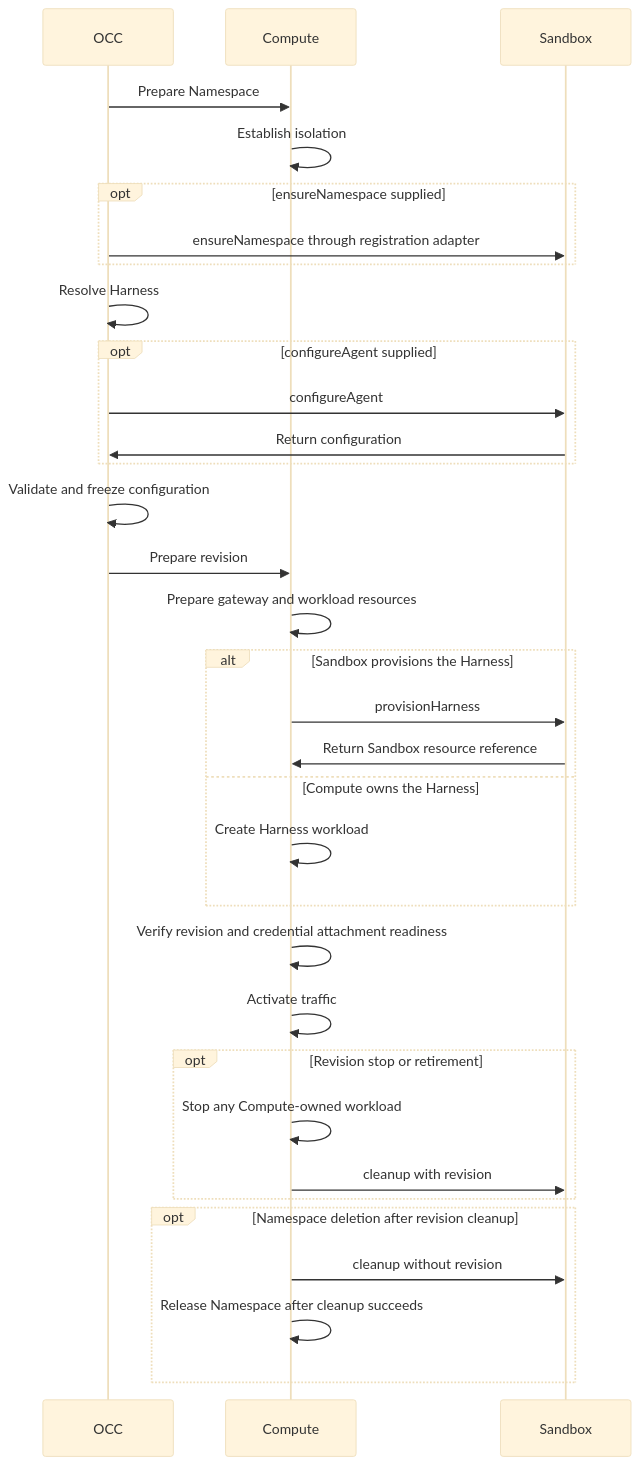
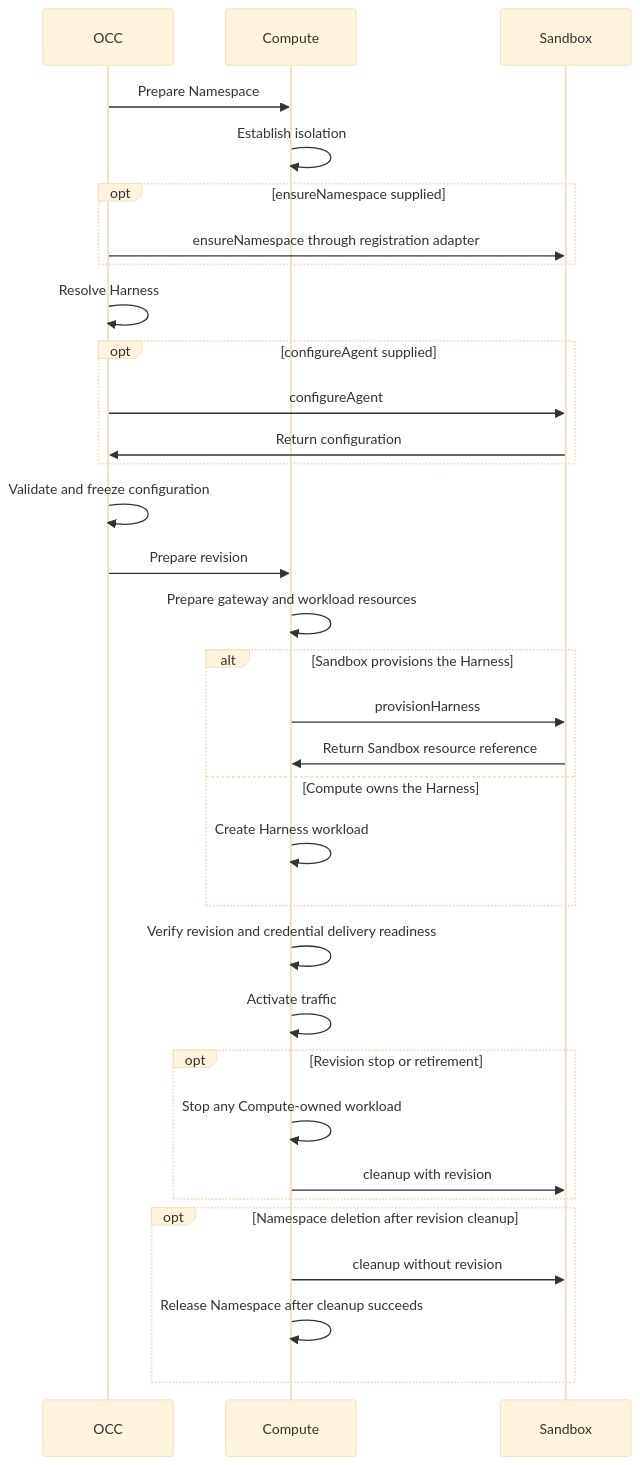
The diagram in docs/reference/drivers/sandbox.md (openclaw/openclaw-enterprise), drawn with Mermaid (base theme) before and after one commit. The commit also changed other lines of this file and 127 other files, not shown here.

````diff
--- a/docs/reference/drivers/sandbox.md
+++ b/docs/reference/drivers/sandbox.md
@@ -245,35 +250,35 @@
 ```mermaid
 sequenceDiagram
     participant O as OCC
     participant C as Compute
     participant S as Sandbox
     O->>C: Prepare Namespace
     C->>C: Establish isolation
     opt ensureNamespace supplied
         O->>S: ensureNamespace through registration adapter
     end
     O->>O: Resolve Harness
     opt configureAgent supplied
         O->>S: configureAgent
         S->>O: Return configuration
     end
     O->>O: Validate and freeze configuration
     O->>C: Prepare revision
     C->>C: Prepare gateway and workload resources
     alt Sandbox provisions the Harness
         C->>S: provisionHarness
         S->>C: Return Sandbox resource reference
     else Compute owns the Harness
         C->>C: Create Harness workload
     end
-    C->>C: Verify revision and credential attachment readiness
+    C->>C: Verify revision and credential delivery readiness
     C->>C: Activate traffic
     opt Revision stop or retirement
         C->>C: Stop any Compute-owned workload
         C->>S: cleanup with revision
     end
     opt Namespace deletion after revision cleanup
         C->>S: cleanup without revision
         C->>C: Release Namespace after cleanup succeeds
     end
 ```
````
